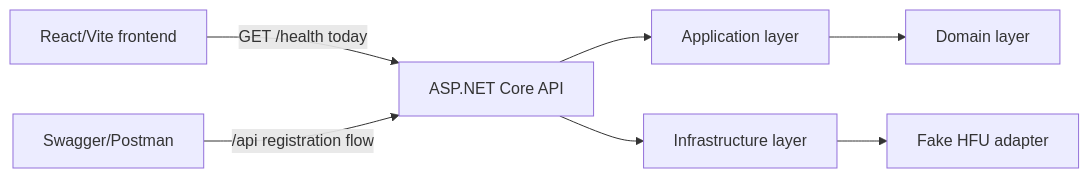
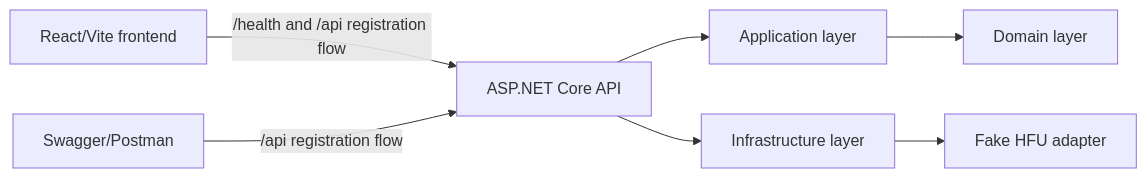
The first of 2 diagrams in docs/architecture.md (DimasTkachenko/HFU.AiCallCenter), drawn with Mermaid before and after one commit. The commit also changed other lines of this file and 11 other files, not shown here.

````diff
--- a/docs/architecture.md
+++ b/docs/architecture.md
@@ -9,9 +9,9 @@
 ```mermaid
 flowchart LR
-    Browser["React/Vite frontend"] -->|GET /health today| Api["ASP.NET Core API"]
+    Browser["React/Vite frontend"] -->|/health and /api registration flow| Api["ASP.NET Core API"]
     Manual["Swagger/Postman"] -->|/api registration flow| Api
     Api --> App["Application layer"]
     App --> Domain["Domain layer"]
     Api --> Infra["Infrastructure layer"]
     Infra --> FakeHfu["Fake HFU adapter"]
 ```
````
